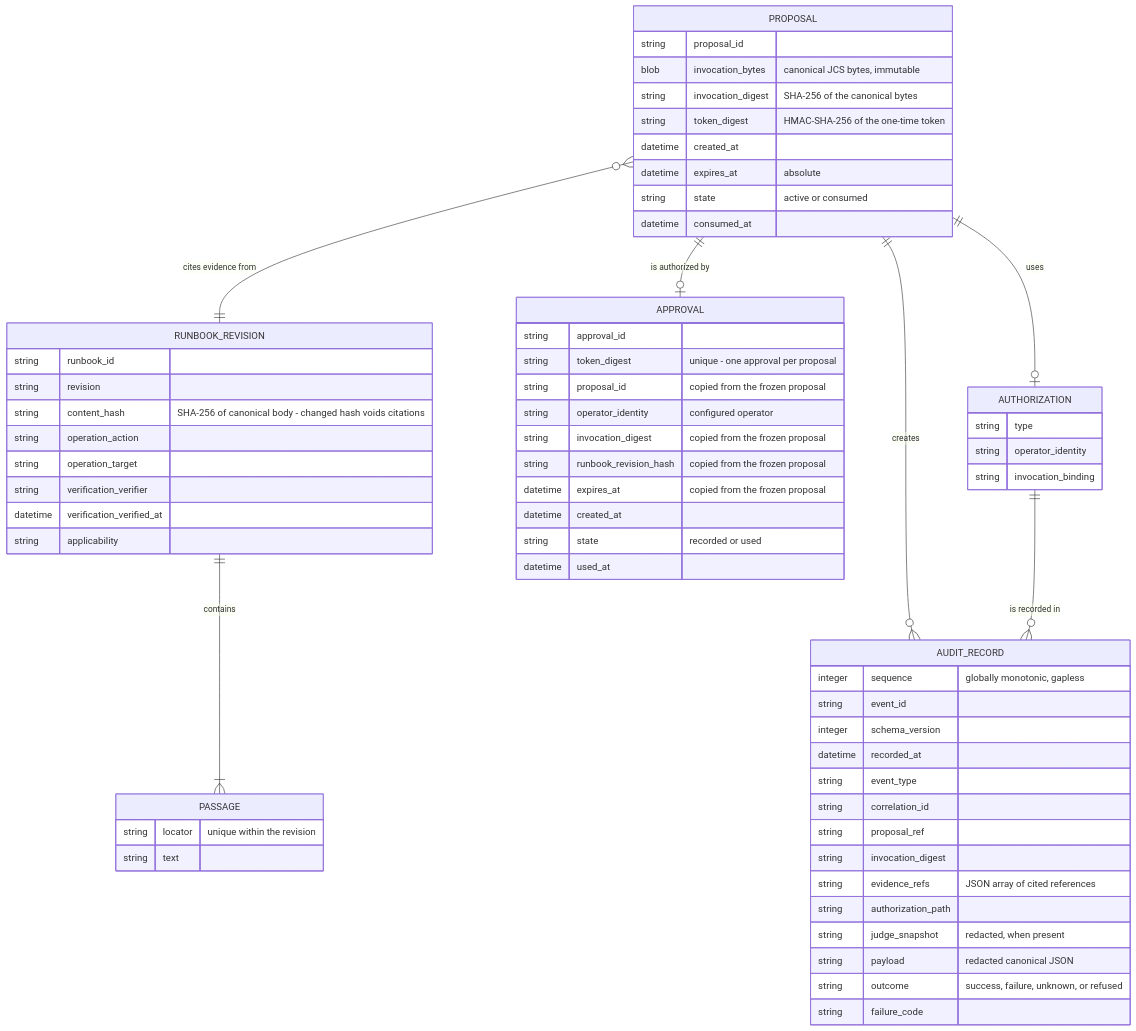
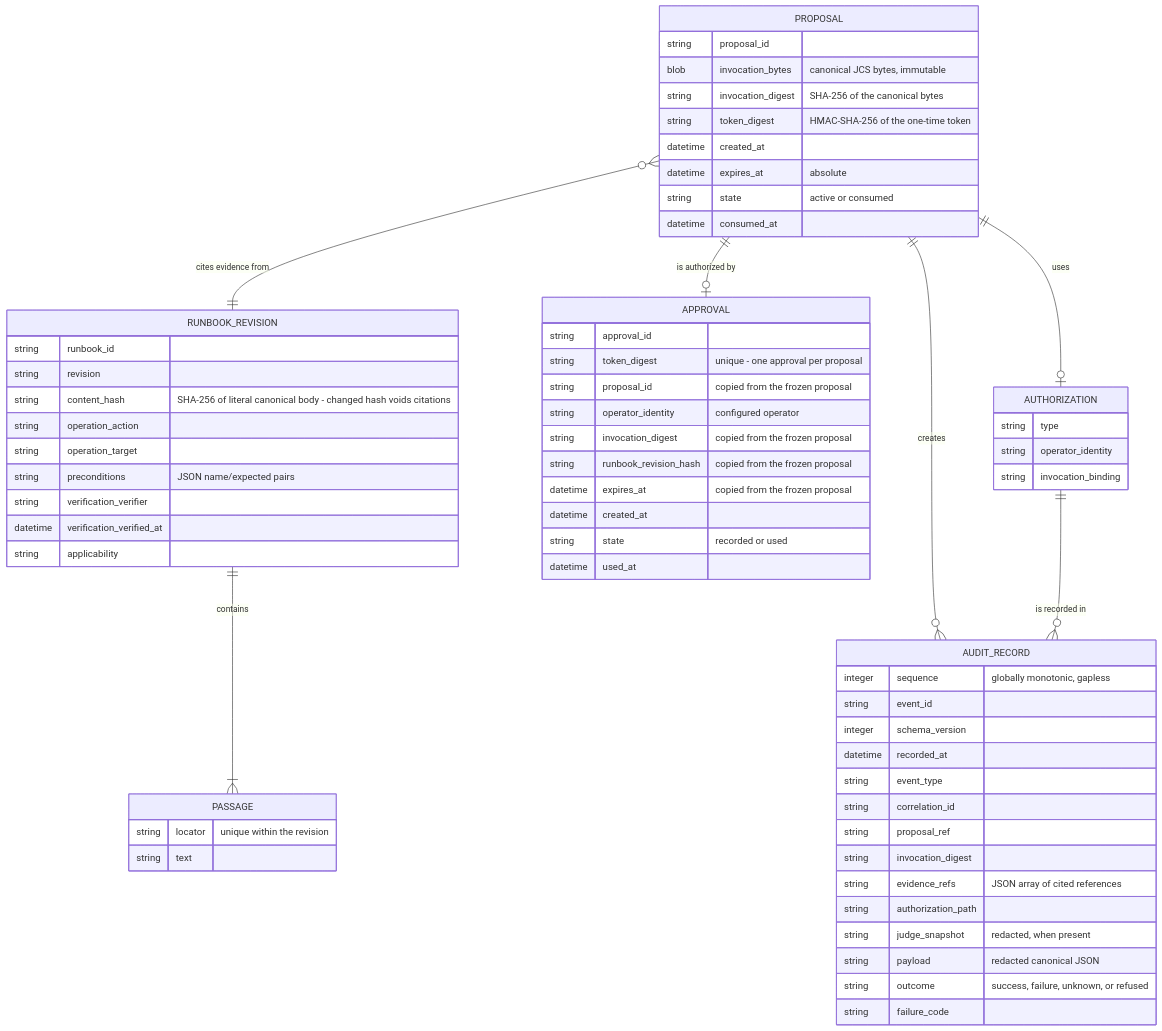
One commit to alanfong93/ops-guard changed the second of 2 diagrams in docs/architecture.md. Above: the diagram before and after it, drawn with Mermaid. The commit also changed 3 other files, not shown here.

First line of the commit message:
fix: review cycle 1 — literal-document hash, hex validation, pins (#8)

````diff
--- a/docs/architecture.md
+++ b/docs/architecture.md
@@ -28,66 +28,67 @@
 ```mermaid
 erDiagram
     RUNBOOK_REVISION ||--|{ PASSAGE : "contains"
     PROPOSAL }o--|| RUNBOOK_REVISION : "cites evidence from"
     PROPOSAL ||--o| APPROVAL : "is authorized by"
     PROPOSAL ||--o| AUTHORIZATION : "uses"
     PROPOSAL ||--o{ AUDIT_RECORD : "creates"
     AUTHORIZATION ||--o{ AUDIT_RECORD : "is recorded in"
     RUNBOOK_REVISION {
         string runbook_id
         string revision
-        string content_hash "SHA-256 of canonical body - changed hash voids citations"
+        string content_hash "SHA-256 of literal canonical body - changed hash voids citations"
         string operation_action
         string operation_target
+        string preconditions "JSON name/expected pairs"
         string verification_verifier
         datetime verification_verified_at
         string applicability
     }
     PASSAGE {
         string locator "unique within the revision"
         string text
     }
     PROPOSAL {
         string proposal_id
         blob invocation_bytes "canonical JCS bytes, immutable"
         string invocation_digest "SHA-256 of the canonical bytes"
         string token_digest "HMAC-SHA-256 of the one-time token"
         datetime created_at
         datetime expires_at "absolute"
         string state "active or consumed"
         datetime consumed_at
     }
     APPROVAL {
         string approval_id
         string token_digest "unique - one approval per proposal"
         string proposal_id "copied from the frozen proposal"
         string operator_identity "configured operator"
         string invocation_digest "copied from the frozen proposal"
         string runbook_revision_hash "copied from the frozen proposal"
         datetime expires_at "copied from the frozen proposal"
         datetime created_at
         string state "recorded or used"
         datetime used_at
     }
     AUTHORIZATION {
         string type
         string operator_identity
         string invocation_binding
     }
     AUDIT_RECORD {
         integer sequence "globally monotonic, gapless"
         string event_id
         integer schema_version
         datetime recorded_at
         string event_type
         string correlation_id
         string proposal_ref
         string invocation_digest
         string evidence_refs "JSON array of cited references"
         string authorization_path
         string judge_snapshot "redacted, when present"
         string payload "redacted canonical JSON"
         string outcome "success, failure, unknown, or refused"
         string failure_code
     }
 ```
````
